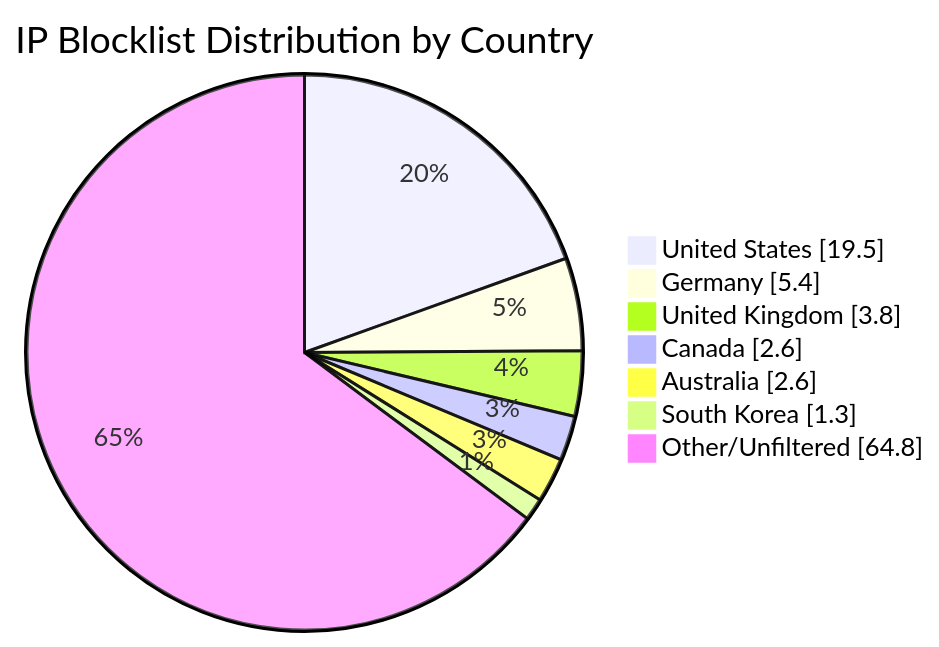
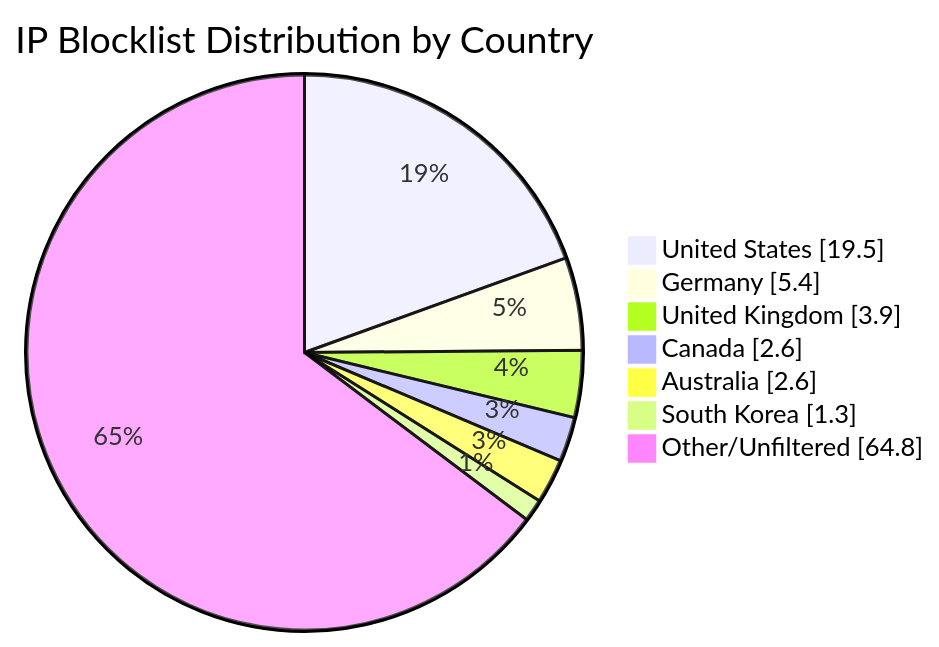
Before and after one commit to MarcusHoltz/ipblocklist-geofiltered-aggregator: the diagram in README.md, drawn with Mermaid. The commit also changed other lines of this file and 9 other files, not shown here.

````diff
--- a/README.md
+++ b/README.md
@@ -34,10 +34,10 @@
 ```mermaid
 pie showData title IP Blocklist Distribution by Country
 "United States" : 19.5
 "Germany" : 5.4
-"United Kingdom" : 3.8
+"United Kingdom" : 3.9
 "Canada" : 2.6
 "Australia" : 2.6
 "South Korea" : 1.3
 "Other/Unfiltered" : 64.8
 ```
````
